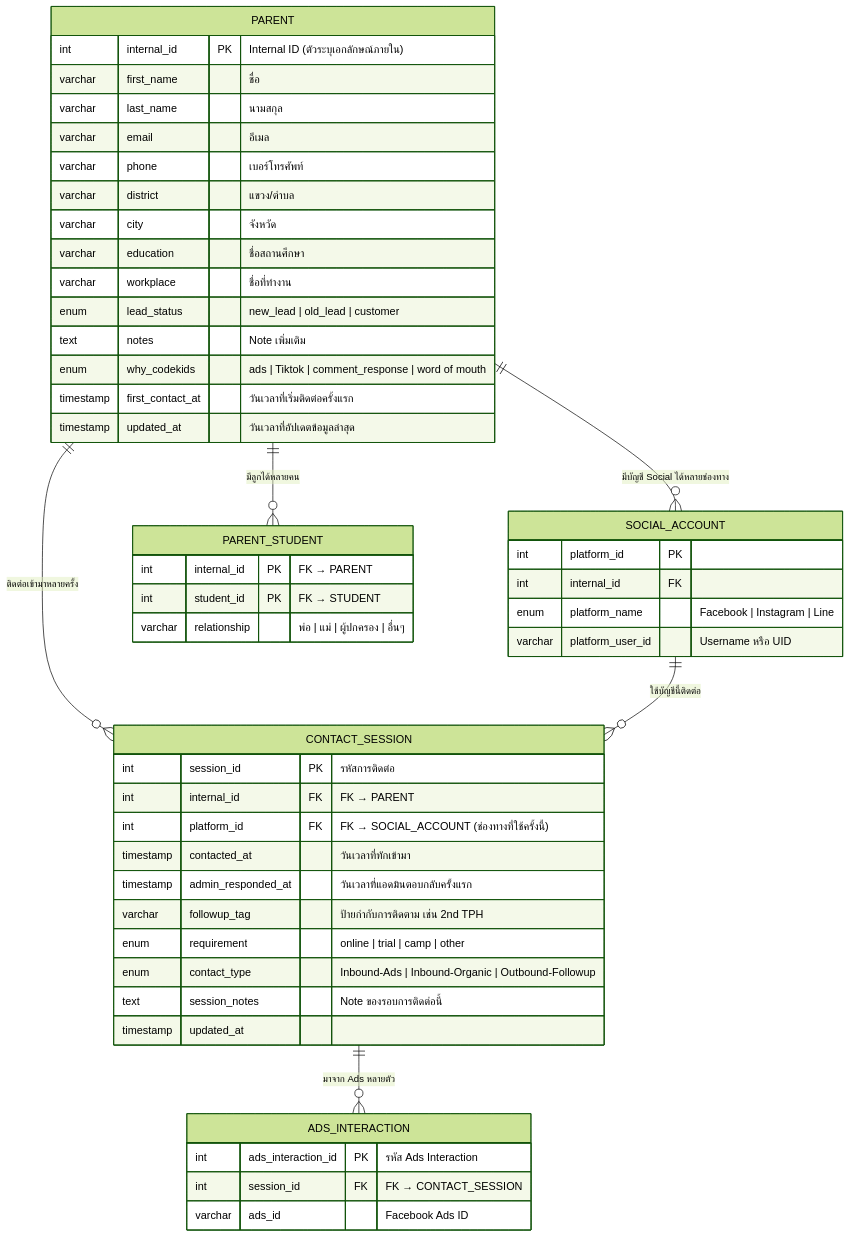
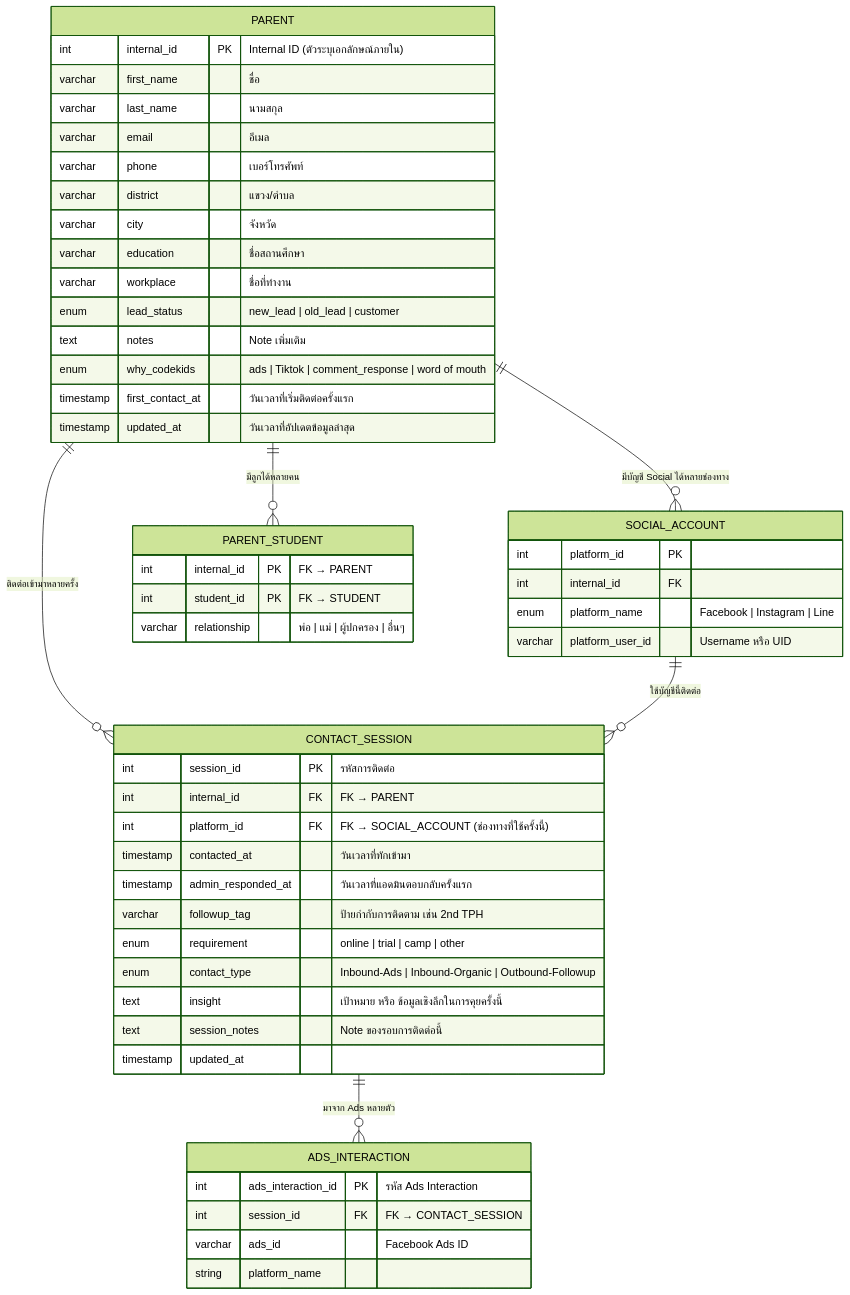
Before and after one commit to raknatee/CodeKids-CRM: the diagram in document/er.MD, drawn with Mermaid (forest theme).

Commit message:
Add insight and platform_name fields to schemas
Added 'insight' field to CONTACT_SESSION and 'platform_name' field to ADS_INTERACTION.

````diff
--- a/document/er.MD
+++ b/document/er.MD
@@ -1,70 +1,72 @@
 ```mermaid
 
 erDiagram
 
     %% ════════════════════════════════════════════
     %% CORE IDENTITY LAYER
     %% ════════════════════════════════════════════
 
     PARENT {
         int         internal_id         PK  "Internal ID (ตัวระบุเอกลักษณ์ภายใน)"
         varchar     first_name              "ชื่อ"
         varchar     last_name               "นามสกุล"
         varchar     email                   "อีเมล"
         varchar     phone                   "เบอร์โทรศัพท์"
         varchar     district                "แขวง/ตำบล"
         varchar     city                    "จังหวัด"
         varchar     education               "ชื่อสถานศึกษา"
         varchar     workplace               "ชื่อที่ทำงาน"
         enum        lead_status             "new_lead | old_lead | customer"
         text        notes                   "Note เพิ่มเติม"
         enum        why_codekids            "ads | Tiktok | comment_response | word of mouth"
         timestamp   first_contact_at        "วันเวลาที่เริ่มติดต่อครั้งแรก"
         timestamp   updated_at              "วันเวลาที่อัปเดตข้อมูลล่าสุด"
     }
 
     SOCIAL_ACCOUNT {
         int         platform_id          PK  
         int         internal_id          FK  
         enum        platform_name            "Facebook | Instagram | Line"
         varchar     platform_user_id         "Username หรือ UID"
     }
 
     PARENT_STUDENT {
         int         internal_id         PK  "FK → PARENT"
         int         student_id          PK  "FK → STUDENT"
         varchar     relationship            "พ่อ | แม่ | ผู้ปกครอง | อื่นๆ"
     }
 
 
     %% ════════════════════════════════════════════
     %% CONTACT & INTERACTION LAYER
     %% ════════════════════════════════════════════
 
     CONTACT_SESSION {
         int         session_id          PK  "รหัสการติดต่อ"
         int         internal_id         FK  "FK → PARENT"
         int         platform_id         FK  "FK → SOCIAL_ACCOUNT (ช่องทางที่ใช้ครั้งนี้)"
         timestamp   contacted_at            "วันเวลาที่ทักเข้ามา"
         timestamp   admin_responded_at      "วันเวลาที่แอดมินตอบกลับครั้งแรก"
         varchar     followup_tag            "ป้ายกำกับการติดตาม เช่น 2nd TPH"
         enum        requirement             "online | trial | camp | other"
         enum        contact_type            " Inbound-Ads | Inbound-Organic | Outbound-Followup"
+        text        insight                 "เป้าหมาย หรือ ข้อมูลเชิงลึกในการคุยครั้งนี้"
         text        session_notes           "Note ของรอบการติดต่อนี้"
         timestamp   updated_at
     }
 
     ADS_INTERACTION {
         int         ads_interaction_id  PK  "รหัส Ads Interaction"
         int         session_id          FK  "FK → CONTACT_SESSION"
         varchar     ads_id                  "Facebook Ads ID"
+        string      platform_name
     }
 
 
     PARENT            ||--o{ SOCIAL_ACCOUNT    : "มีบัญชี Social ได้หลายช่องทาง"
     PARENT            ||--o{ PARENT_STUDENT    : "มีลูกได้หลายคน"
     PARENT            ||--o{ CONTACT_SESSION   : "ติดต่อเข้ามาหลายครั้ง"
     SOCIAL_ACCOUNT    ||--o{ CONTACT_SESSION   : "ใช้บัญชีนี้ติดต่อ"
     CONTACT_SESSION   ||--o{ ADS_INTERACTION   : "มาจาก Ads หลายตัว"
     
 ```
````
